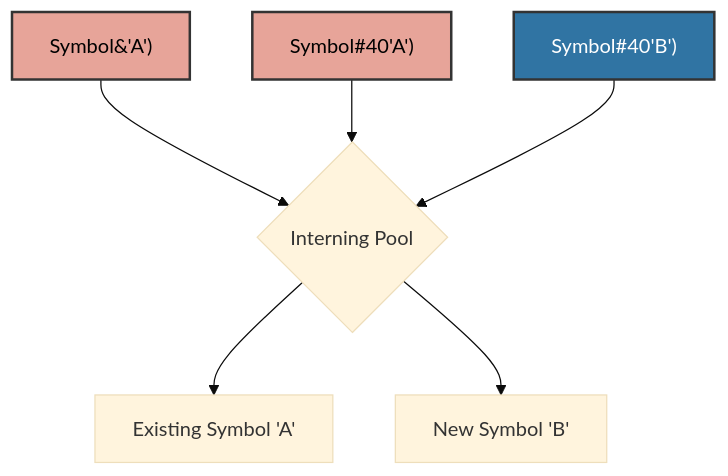
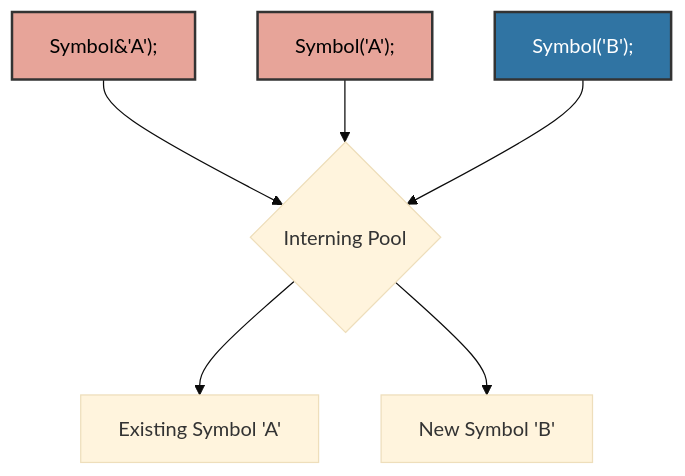
One commit to ikko/sym changed the first of 2 diagrams in docs/readme_details/1_symbol_fundamental_building_block/index.md. Above: the diagram before and after it, drawn with Mermaid (base theme). The commit also changed 17 other files, not shown here.

````diff
--- a/docs/readme_details/1_symbol_fundamental_building_block/index.md
+++ b/docs/readme_details/1_symbol_fundamental_building_block/index.md
@@ -18,13 +18,13 @@
 ```mermaid
 graph TD
-    A[Symbol&'A'#41;] --> B{Interning Pool};
+    A[Symbol&'A'#41;;] --> B{Interning Pool};
     B --> C[Existing Symbol 'A'];
-    D[Symbol#40'A'#41;] --> B;
-    E[Symbol#40'B'#41;] --> B;
+    D[Symbol#40;'A'#41;;] --> B;
+    E[Symbol#40;'B'#41;;] --> B;
     B --> F[New Symbol 'B'];
     style E fill:#ed4561,stroke:#333,stroke-width:2px,color:#FFFFFF;
 
     style A fill:#e7a499,stroke:#333,stroke-width:2px,color:#000000;
     style D fill:#e7a499,stroke:#333,stroke-width:2px,color:#000000;
     style E fill:#3074a3,stroke:#333,stroke-width:2px,color:#FFFFFF;
 ```
````
